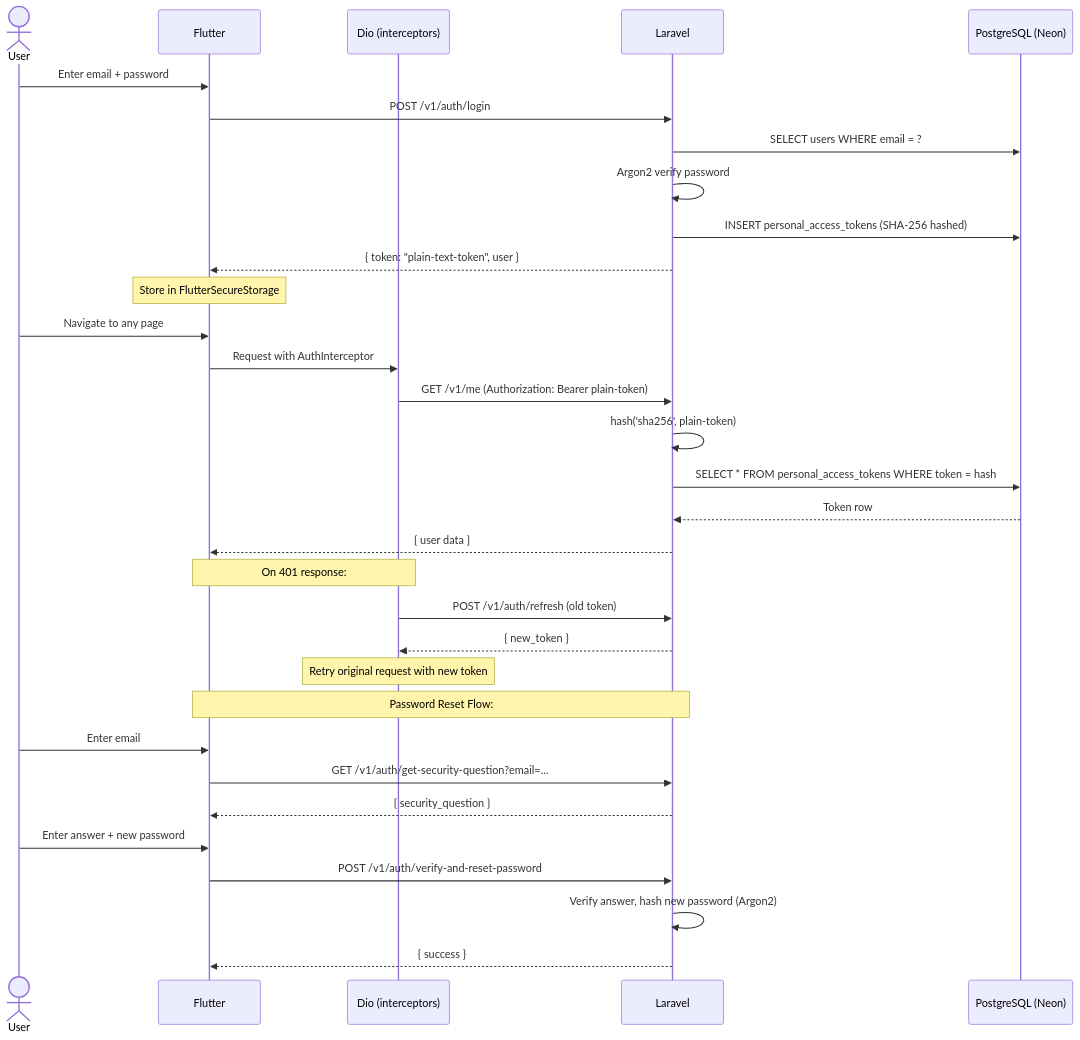
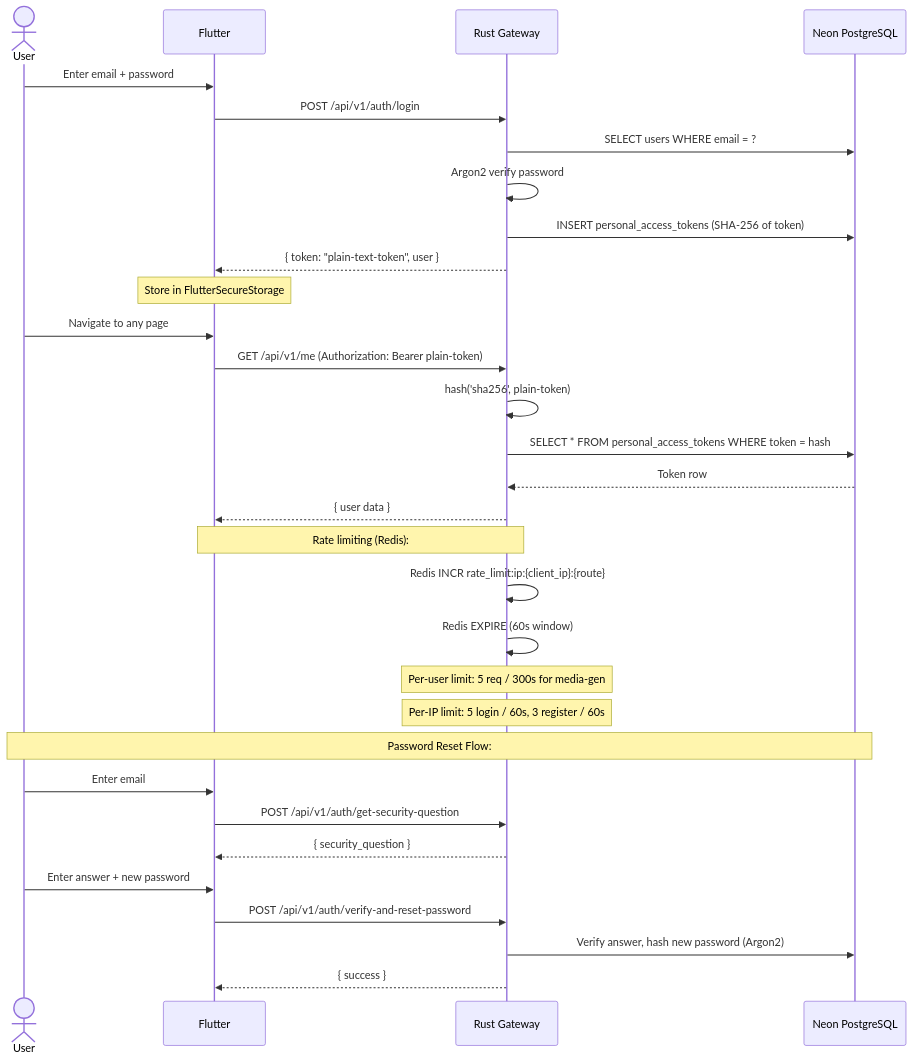
One commit to akmalhasan19/klass-mobile changed the second of 5 diagrams in INTEGRATION_MAPPING.md. Above: the diagram before and after it, drawn with Mermaid. The commit also changed other lines of this file and 10 other files, not shown here.

````diff
--- a/INTEGRATION_MAPPING.md
+++ b/INTEGRATION_MAPPING.md
@@ -135,39 +204,38 @@
 ```mermaid
 sequenceDiagram
     actor User
     participant Flutter
-    participant Dio as Dio (interceptors)
-    participant Laravel
-    participant DB as PostgreSQL (Neon)
+    participant Gateway as Rust Gateway
+    participant DB as Neon PostgreSQL
 
     User->>Flutter: Enter email + password
-    Flutter->>Laravel: POST /v1/auth/login
-    Laravel->>DB: SELECT users WHERE email = ?
-    Laravel->>Laravel: Argon2 verify password
-    Laravel->>DB: INSERT personal_access_tokens (SHA-256 hashed)
-    Laravel-->>Flutter: { token: "plain-text-token", user }
+    Flutter->>Gateway: POST /api/v1/auth/login
+    Gateway->>DB: SELECT users WHERE email = ?
+    Gateway->>Gateway: Argon2 verify password
+    Gateway->>DB: INSERT personal_access_tokens (SHA-256 of token)
+    Gateway-->>Flutter: { token: "plain-text-token", user }
 
     Note over Flutter: Store in FlutterSecureStorage
 
     User->>Flutter: Navigate to any page
-    Flutter->>Dio: Request with AuthInterceptor
-    Dio->>Laravel: GET /v1/me (Authorization: Bearer plain-token)
-    Laravel->>Laravel: hash('sha256', plain-token)
-    Laravel->>DB: SELECT * FROM personal_access_tokens WHERE token = hash
-    DB-->>Laravel: Token row
-    Laravel-->>Flutter: { user data }
+    Flutter->>Gateway: GET /api/v1/me (Authorization: Bearer plain-token)
+    Gateway->>Gateway: hash('sha256', plain-token)
+    Gateway->>DB: SELECT * FROM personal_access_tokens WHERE token = hash
+    DB-->>Gateway: Token row
+    Gateway-->>Flutter: { user data }
 
-    Note over Flutter,Dio: On 401 response:
-    Dio->>Laravel: POST /v1/auth/refresh (old token)
-    Laravel-->>Dio: { new_token }
-    Note over Dio: Retry original request with new token
+    Note over Flutter,Gateway: Rate limiting (Redis):
+    Gateway->>Gateway: Redis INCR rate_limit:ip:{client_ip}:{route}
+    Gateway->>Gateway: Redis EXPIRE (60s window)
+    Note over Gateway: Per-user limit: 5 req / 300s for media-gen
+    Note over Gateway: Per-IP limit: 5 login / 60s, 3 register / 60s
 
-    Note over Flutter,Laravel: Password Reset Flow:
+    Note over User,DB: Password Reset Flow:
     User->>Flutter: Enter email
-    Flutter->>Laravel: GET /v1/auth/get-security-question?email=...
-    Laravel-->>Flutter: { security_question }
+    Flutter->>Gateway: POST /api/v1/auth/get-security-question
+    Gateway-->>Flutter: { security_question }
     User->>Flutter: Enter answer + new password
-    Flutter->>Laravel: POST /v1/auth/verify-and-reset-password
-    Laravel->>Laravel: Verify answer, hash new password (Argon2)
-    Laravel-->>Flutter: { success }
+    Flutter->>Gateway: POST /api/v1/auth/verify-and-reset-password
+    Gateway->>DB: Verify answer, hash new password (Argon2)
+    Gateway-->>Flutter: { success }
 ```
````
